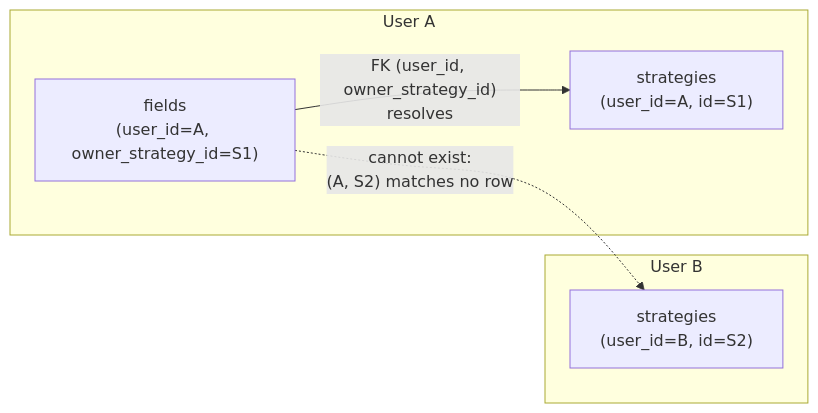
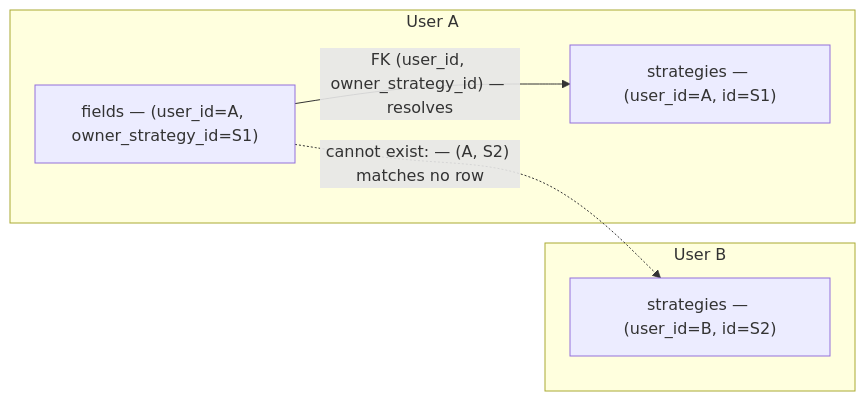
Before and after one commit to lucedge/Retrospeq_v1: the first of 8 diagrams in docs/handbook/06-data-model.md, drawn with Mermaid. The commit also changed 3 other files, not shown here.

First line of the commit message:
Docs site: render diagrams on first view, fix two diagrams broken by semicolons

````diff
--- a/docs/handbook/06-data-model.md
+++ b/docs/handbook/06-data-model.md
@@ -37,12 +37,12 @@
 ```mermaid
 flowchart LR
   subgraph UA["User A"]
-    SA["strategies<br/>(user_id=A, id=S1)"]
-    FA["fields<br/>(user_id=A, owner_strategy_id=S1)"]
+    SA["strategies — (user_id=A, id=S1)"]
+    FA["fields — (user_id=A, owner_strategy_id=S1)"]
   end
   subgraph UB["User B"]
-    SB["strategies<br/>(user_id=B, id=S2)"]
+    SB["strategies — (user_id=B, id=S2)"]
   end
-  FA -->|"FK (user_id, owner_strategy_id)<br/>resolves"| SA
-  FA -.->|"cannot exist:<br/>(A, S2) matches no row"| SB
+  FA -->|"FK (user_id, owner_strategy_id) — resolves"| SA
+  FA -.->|"cannot exist: — (A, S2) matches no row"| SB
 ```
````
